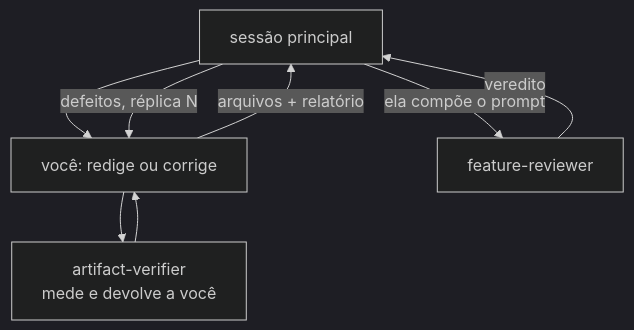
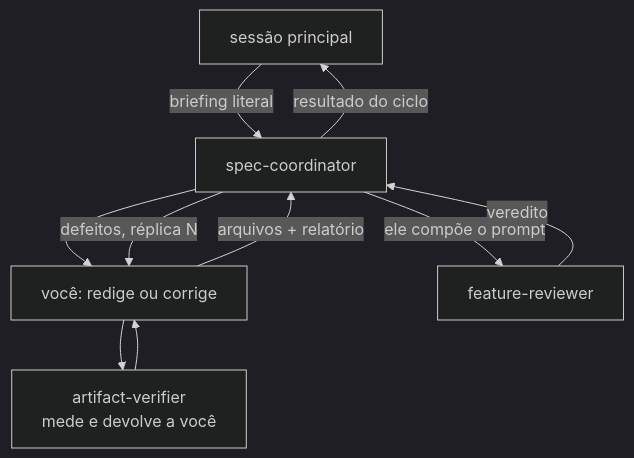
The second of 2 diagrams in .claude/agents/feature-writer.md (da0hn/distributed-systems-experiment-lab), drawn with Mermaid (dark theme) before and after one commit. The commit also changed other lines of this file and 4 other files, not shown here.

````diff
--- a/.claude/agents/feature-writer.md
+++ b/.claude/agents/feature-writer.md
@@ -171,10 +172,12 @@
 ```mermaid
 flowchart TD
-    S["sessão principal"] --> W["você: redige ou corrige"]
+    S["sessão principal"] -->|" briefing literal "| C["spec-coordinator"]
+    C --> W["você: redige ou corrige"]
     W --> V["artifact-verifier<br/>mede e devolve a você"]
     V --> W
-    W -->|" arquivos + relatório "| S
-    S -->|" ela compõe o prompt "| R["feature-reviewer"]
-    R -->|" veredito "| S
-    S -->|" defeitos, réplica N "| W
+    W -->|" arquivos + relatório "| C
+    C -->|" ele compõe o prompt "| R["feature-reviewer"]
+    R -->|" veredito "| C
+    C -->|" defeitos, réplica N "| W
+    C -->|" resultado do ciclo "| S
 ```
````
